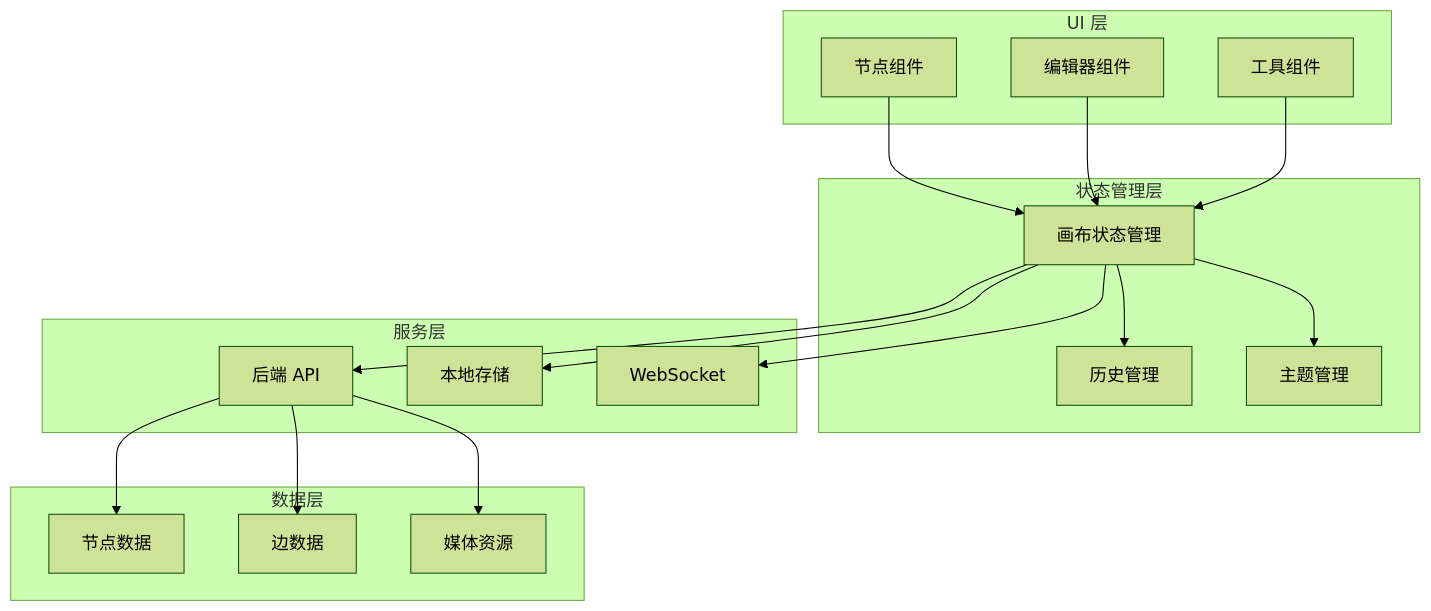
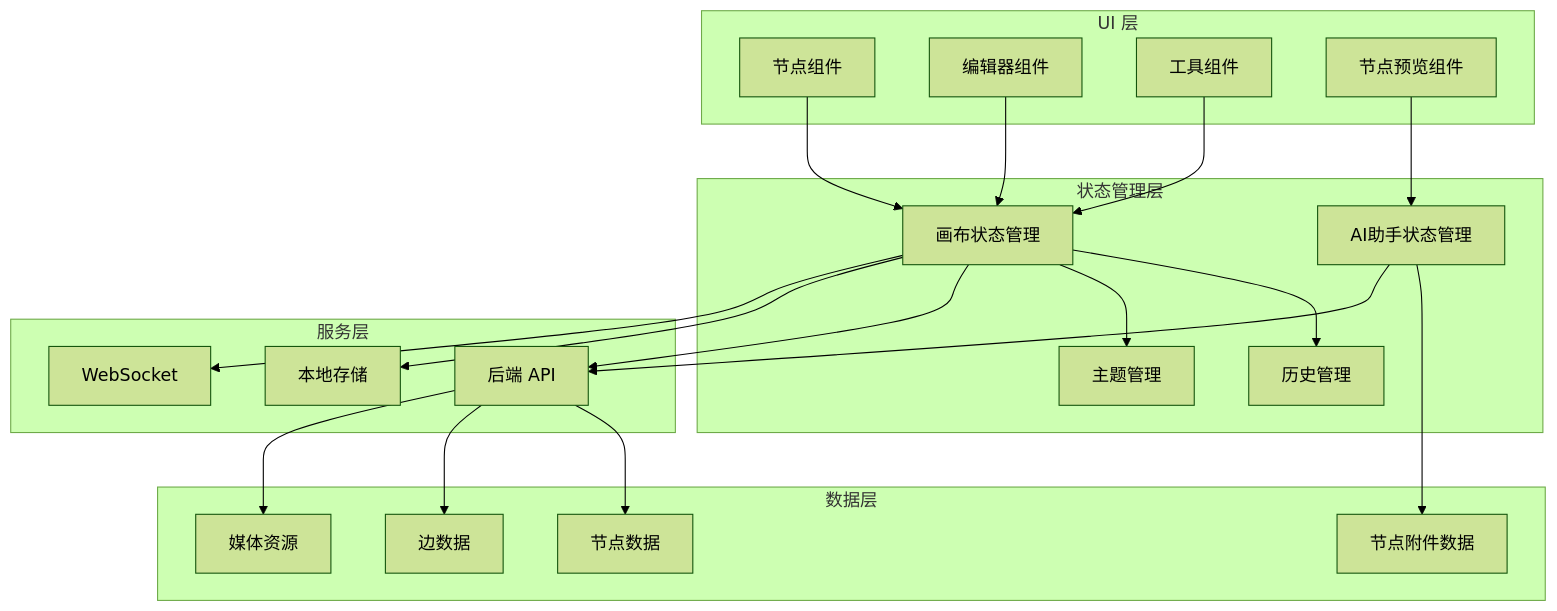
Before and after one commit to KunLabAI/KunFlix: the second of 12 diagrams in .qoder/repowiki/zh/content/前端应用架构/UI组件库/AI助手组件/节点预览组件系统.md, drawn with Mermaid (forest theme). The commit also changed other lines of this file and 32 other files, not shown here.

````diff
--- a/.qoder/repowiki/zh/content/前端应用架构/UI组件库/AI助手组件/节点预览组件系统.md
+++ b/.qoder/repowiki/zh/content/前端应用架构/UI组件库/AI助手组件/节点预览组件系统.md
@@ -107,34 +140,40 @@
 ```mermaid
 graph TD
 subgraph "UI 层"
 UI1[节点组件]
 UI2[编辑器组件]
 UI3[工具组件]
+UI4[节点预览组件]
 end
 subgraph "状态管理层"
 SM[画布状态管理]
+AM[AI助手状态管理]
 HM[历史管理]
 TM[主题管理]
 end
 subgraph "服务层"
 API[后端 API]
 LS[本地存储]
 WS[WebSocket]
 end
 subgraph "数据层"
 ND[节点数据]
 ED[边数据]
 MD[媒体资源]
+AD[节点附件数据]
 end
 UI1 --> SM
 UI2 --> SM
 UI3 --> SM
+UI4 --> AM
 SM --> HM
 SM --> TM
+AM --> AD
+AM --> API
 SM --> API
 SM --> LS
 SM --> WS
 API --> ND
 API --> ED
 API --> MD
 ```
````
